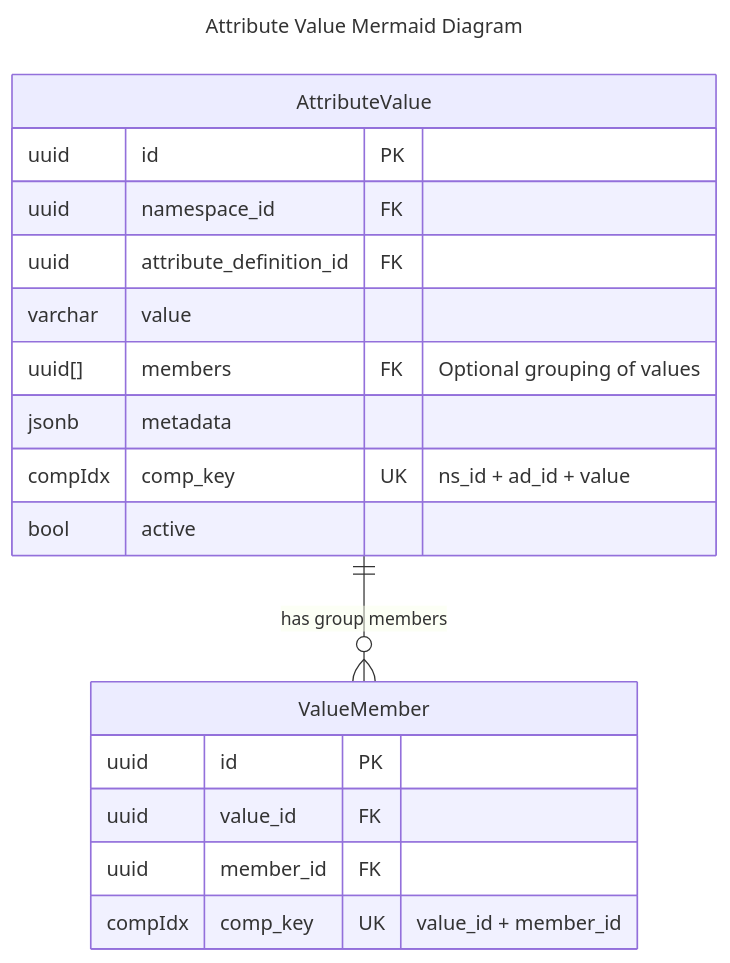
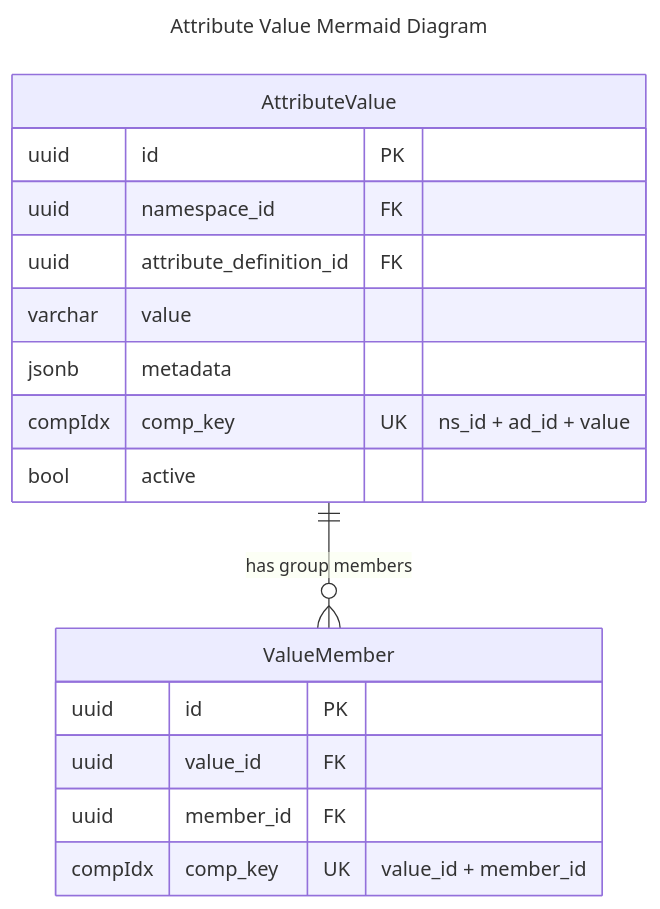
Before and after one commit to opentdf/platform: the diagram in migrations/20240313000000_create_val_members.md, drawn with Mermaid.

Commit message:
update ERD

````diff
--- a/migrations/20240313000000_create_val_members.md
+++ b/migrations/20240313000000_create_val_members.md
@@ -3,28 +3,27 @@
 ```mermaid
 ---
 title: Attribute Value Mermaid Diagram
 nodes: |
 ---
 
 erDiagram
     AttributeValue ||--o{ ValueMember: "has group members"
 
     AttributeValue {
         uuid         id                      PK
         uuid         namespace_id            FK
         uuid         attribute_definition_id FK
         varchar      value
-        uuid[]       members                 FK "Optional grouping of values"
         jsonb        metadata
         compIdx      comp_key                UK "ns_id + ad_id + value"
         bool         active
     }
 
     ValueMember {
         uuid        id                      PK
         uuid        value_id                FK
         uuid        member_id               FK
           compIdx comp_key UK "value_id + member_id"
     }
 
 ```
````
